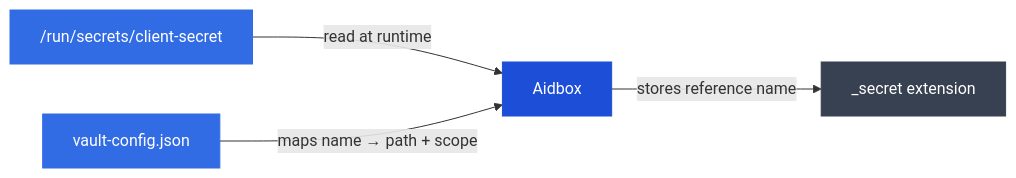
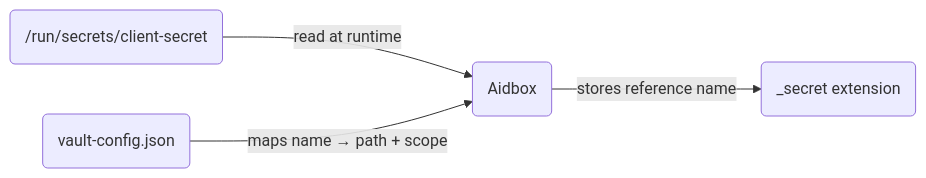
The diagram in docs/configuration/secret-files.md (HealthSamurai/documentation), drawn with Mermaid before and after one commit. The commit also changed 1 other file, not shown here.

Commit message:
Apply PR review feedback: mermaid styles and settings link
- Use project CSS classes (blue2, violet2, neutral2) and round
  rectangles in mermaid diagrams per diagram.md skill
- Add link to Aidbox Settings Reference from configuration page

````diff
--- a/docs/configuration/secret-files.md
+++ b/docs/configuration/secret-files.md
@@ -17,11 +17,6 @@
 ```mermaid
 flowchart LR
-    File["/run/secrets/client-secret"] -->|read at runtime| Aidbox
-    Config["vault-config.json"] -->|maps name → path + scope| Aidbox
-    Aidbox -->|stores reference name| DB["_secret extension"]
-
-    style File fill:#326CE5,stroke:#326CE5,color:#fff
-    style Config fill:#326CE5,stroke:#326CE5,color:#fff
-    style Aidbox fill:#1D4ED8,stroke:#1D4ED8,color:#fff
-    style DB fill:#374151,stroke:#374151,color:#fff
+    File(/run/secrets/client-secret):::blue2 -->|read at runtime| Aidbox(Aidbox):::violet2
+    Config(vault-config.json):::blue2 -->|maps name → path + scope| Aidbox
+    Aidbox -->|stores reference name| DB(_secret extension):::neutral2
 ```
````
